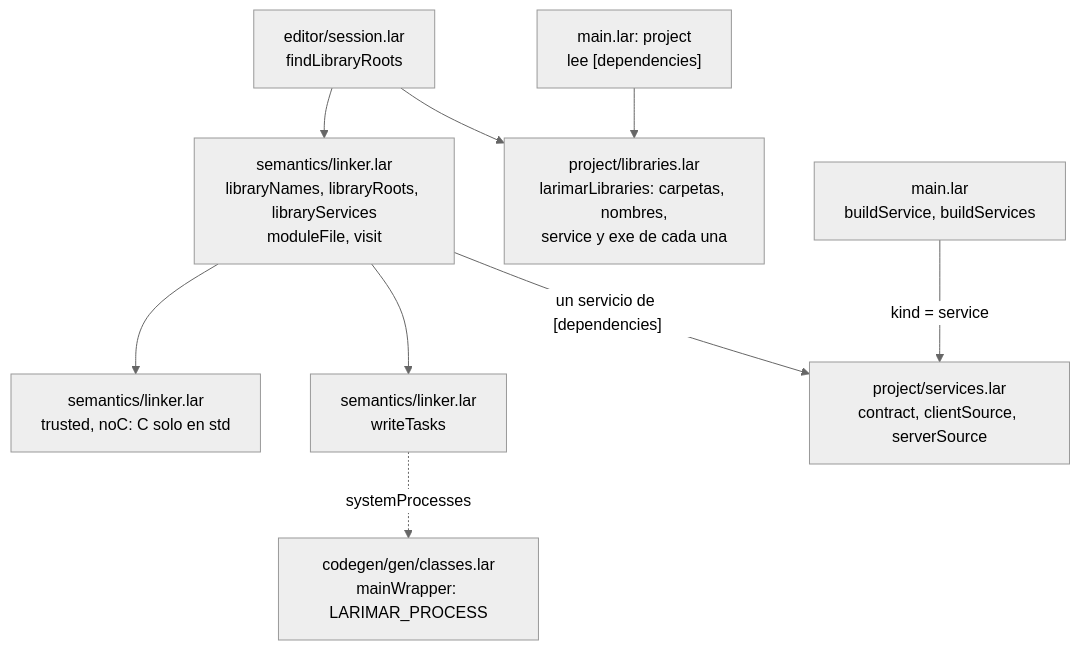
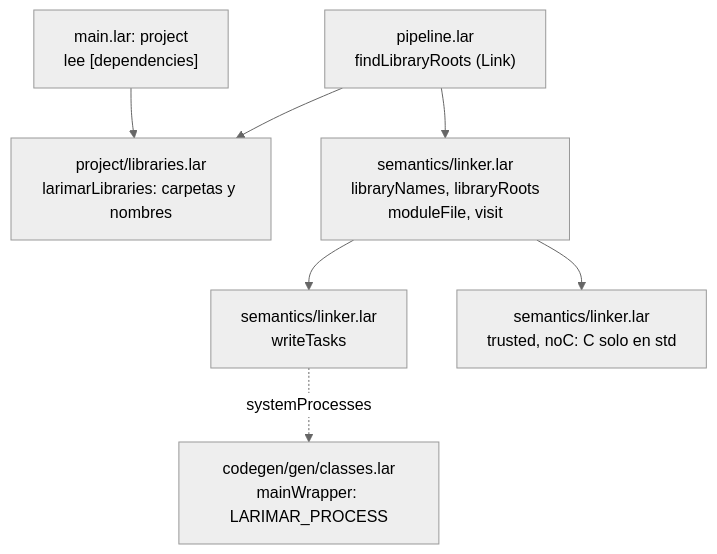
The first of 6 diagrams in docs/compiler-libraries.es.md (zerh/larimar), drawn with Mermaid (neutral theme) before and after one commit. The commit also changed other lines of this file and 263 other files, not shown here.

````diff
--- a/docs/compiler-libraries.es.md
+++ b/docs/compiler-libraries.es.md
@@ -42,20 +38,16 @@
 ```mermaid
 flowchart TB
     toml["main.lar: project<br/>lee [dependencies]"]
-    libs["project/libraries.lar<br/>larimarLibraries: carpetas, nombres,<br/>service y exe de cada una"]
-    session["editor/session.lar<br/>findLibraryRoots"]
-    linker["semantics/linker.lar<br/>libraryNames, libraryRoots, libraryServices<br/>moduleFile, visit"]
-    services["project/services.lar<br/>contract, clientSource, serverSource"]
+    libs["project/libraries.lar<br/>larimarLibraries: carpetas y nombres"]
+    session["pipeline.lar<br/>findLibraryRoots (Link)"]
+    linker["semantics/linker.lar<br/>libraryNames, libraryRoots<br/>moduleFile, visit"]
     tasks["semantics/linker.lar<br/>writeTasks"]
-    main["main.lar<br/>buildService, buildServices"]
     wrapper["codegen/gen/classes.lar<br/>mainWrapper: LARIMAR_PROCESS"]
     toml --> libs
     session --> libs
     session --> linker
-    linker -- "un servicio de [dependencies]" --> services
-    main -- "kind = service" --> services
     linker --> tasks
     tasks -. systemProcesses .-> wrapper
     rule["semantics/linker.lar<br/>trusted, noC: C solo en std"]
     linker --> rule
 ```
````
